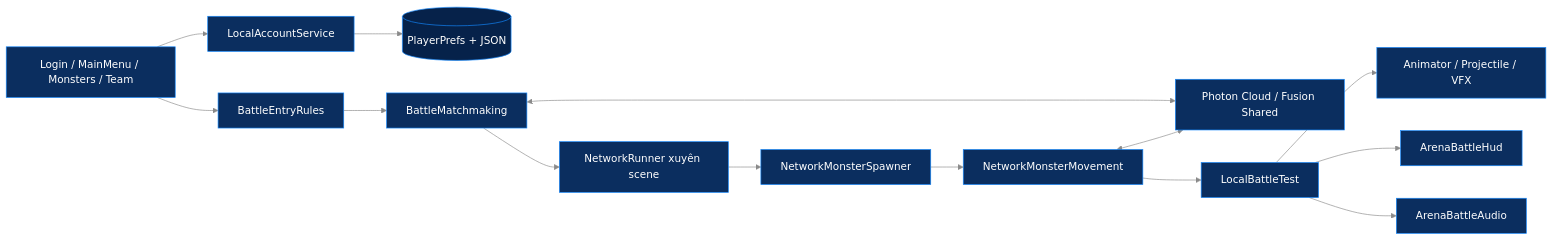
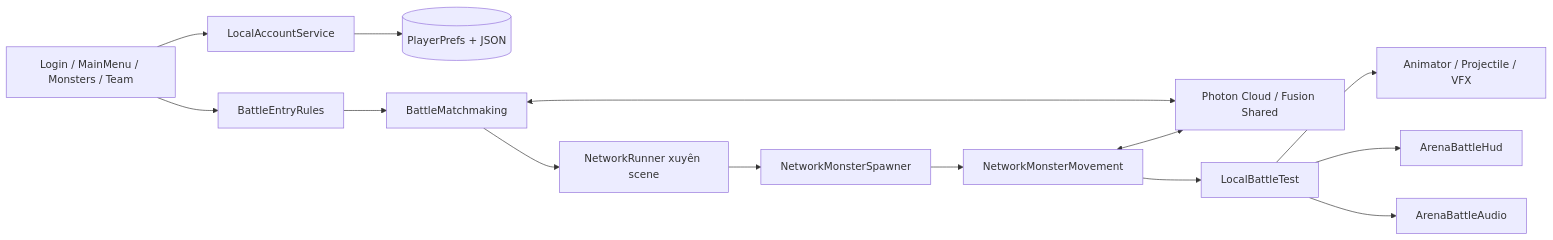
One commit to xuynn-x/Game-Monster_Arena changed the diagram in README.md. Above: the diagram before and after it, drawn with Mermaid.

Commit message:
Restore default Mermaid diagram colors

````diff
--- a/README.md
+++ b/README.md
@@ -123,34 +123,16 @@
 ```mermaid
-%%{init: {
-  "theme": "base",
-  "themeVariables": {
-    "background": "#171717",
-    "primaryColor": "#0b2e5f",
-    "primaryTextColor": "#ffffff",
-    "primaryBorderColor": "#1489ff",
-    "lineColor": "#8a8a8a",
-    "secondaryColor": "#0b2e5f",
-    "tertiaryColor": "#171717",
-    "edgeLabelBackground": "#171717",
-    "fontFamily": "Arial, sans-serif"
-  }
-}}%%
 flowchart LR
     UI[Login / MainMenu / Monsters / Team] --> Account[LocalAccountService]
     Account --> Store[(PlayerPrefs + JSON)]
     UI --> Rules[BattleEntryRules]
     Rules --> Match[BattleMatchmaking]
     Match <--> Cloud[Photon Cloud / Fusion Shared]
     Match --> Runner[NetworkRunner xuyên scene]
     Runner --> Spawn[NetworkMonsterSpawner]
     Spawn --> State[NetworkMonsterMovement]
     State <--> Cloud
     State --> View[LocalBattleTest]
     View --> Visual[Animator / Projectile / VFX]
     View --> HUD[ArenaBattleHud]
     View --> Audio[ArenaBattleAudio]
-    classDef block fill:#0b2e5f,stroke:#1489ff,color:#ffffff
-    classDef store fill:#06224a,stroke:#1489ff,color:#ffffff
-    class UI,Account,Rules,Match,Cloud,Runner,Spawn,State,View,Visual,HUD,Audio block
-    class Store store
 ```
````
